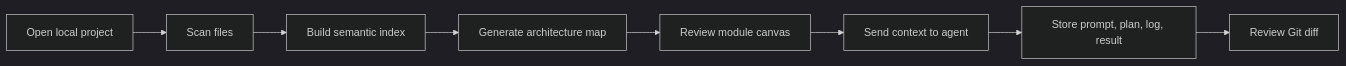
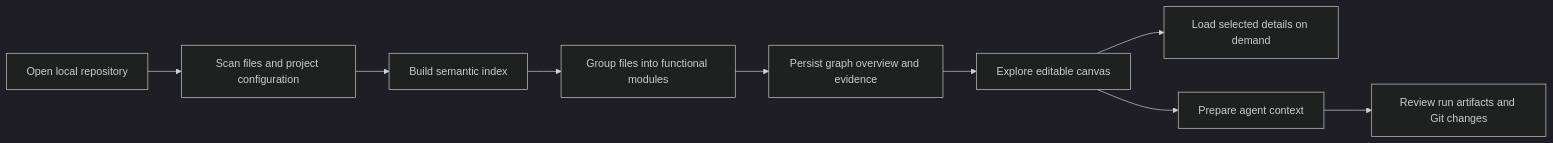
Before and after one commit to Caesarqing/FlowWeave: the diagram in README.md, drawn with Mermaid (dark theme). The commit also changed other lines of this file and 16 other files, not shown here.

````diff
--- a/README.md
+++ b/README.md
@@ -92,10 +54,11 @@
 ```mermaid
 flowchart LR
-  A[Open local project] --> B[Scan files]
+  A[Open local repository] --> B[Scan files and project configuration]
   B --> C[Build semantic index]
-  C --> D[Generate architecture map]
-  D --> E[Review module canvas]
-  E --> F[Send context to agent]
-  F --> G[Store prompt, plan, log, result]
-  G --> H[Review Git diff]
+  C --> D[Group files into functional modules]
+  D --> E[Persist graph overview and evidence]
+  E --> F[Explore editable canvas]
+  F --> G[Load selected details on demand]
+  F --> H[Prepare agent context]
+  H --> I[Review run artifacts and Git changes]
 ```
````
